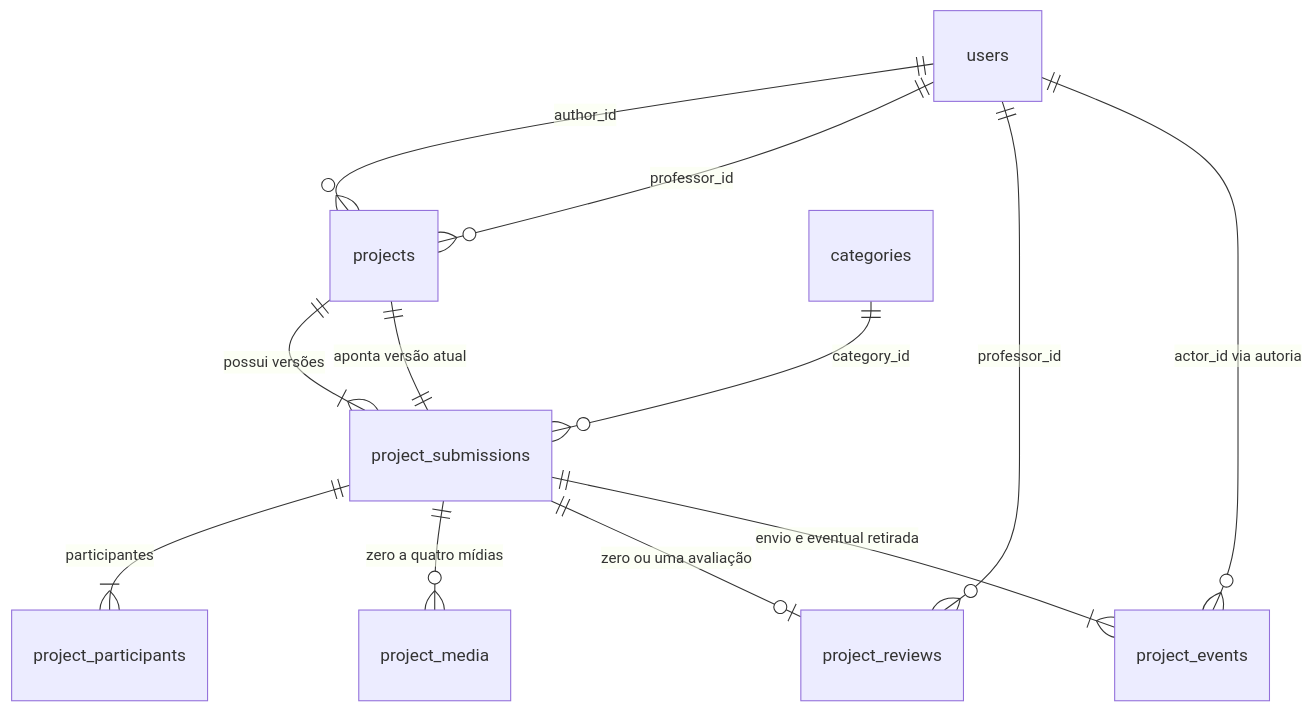
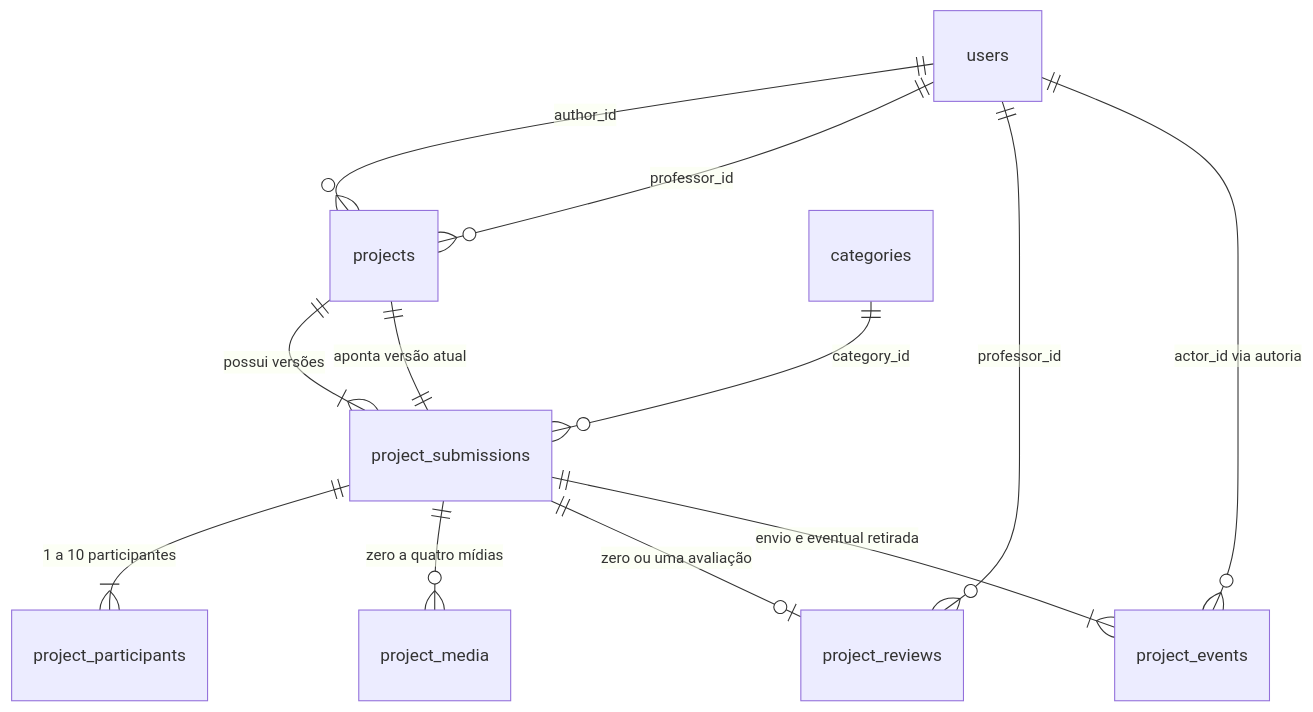
One commit to DelsonAaFilho/MostraPlus changed the diagram in docs/DATABASE.md. Above: the diagram before and after it, drawn with Mermaid. The commit also changed other lines of this file and 14 other files, not shown here.

````diff
--- a/docs/DATABASE.md
+++ b/docs/DATABASE.md
@@ -68,14 +70,14 @@
 ```mermaid
 erDiagram
     users ||--o{ projects : "author_id"
     users ||--o{ projects : "professor_id"
     users ||--o{ project_reviews : "professor_id"
     users ||--o{ project_events : "actor_id via autoria"
     categories ||--o{ project_submissions : "category_id"
     projects ||--|{ project_submissions : "possui versões"
     projects ||--|| project_submissions : "aponta versão atual"
-    project_submissions ||--|{ project_participants : "participantes"
+    project_submissions ||--|{ project_participants : "1 a 10 participantes"
     project_submissions ||--o{ project_media : "zero a quatro mídias"
     project_submissions ||--o| project_reviews : "zero ou uma avaliação"
     project_submissions ||--|{ project_events : "envio e eventual retirada"
 ```
````
